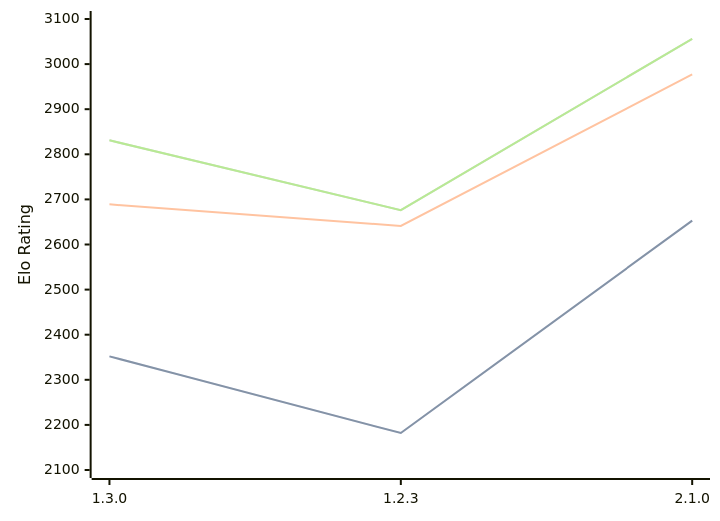
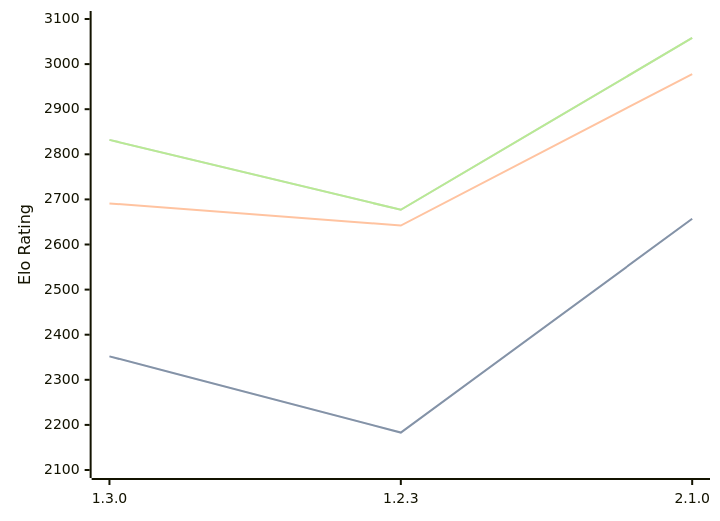
One commit to computer-chess-index/cci changed the diagram in engines/Aspen.md. Above: the diagram before and after it, drawn with Mermaid. The commit also changed other lines of this file, not shown here.

Commit message:
Update CCI Ratings (ELO VLTC) - 2026-06-11

````diff
--- a/engines/Aspen.md
+++ b/engines/Aspen.md
@@ -43,11 +43,11 @@
 ```mermaid
 %%{init: {"theme":"base","themeVariables":{"seriesColors:['#a3a3a3','#222221','#faa371']}}}%%
 xychart-beta
   x-axis ["1.3.0", "1.2.3", "2.1.0"]
   y-axis "Elo Rating" 2100 --> 3100
-  line "STC (8.0+0.08s)" [2352, 2182, 2653]
-  line "STC (8.0+0.08s)" [2352, 2182, 2653]
-  line "LTC (60.0+0.60s)" [2689, 2641, 2977]
-  line "VLTC (2m24s+1.12s)" [2831, 2676, 3056]
-  line "VLTC (2m24s+1.12s)" [2831, 2676, 3056]
+  line "STC (8.0+0.08s)" [2352, 2183, 2657]
+  line "STC (8.0+0.08s)" [2352, 2183, 2657]
+  line "LTC (60.0+0.60s)" [2691, 2642, 2978]
+  line "VLTC (2m24s+1.12s)" [2832, 2677, 3058]
+  line "VLTC (2m24s+1.12s)" [2832, 2677, 3058]
 ```
````
